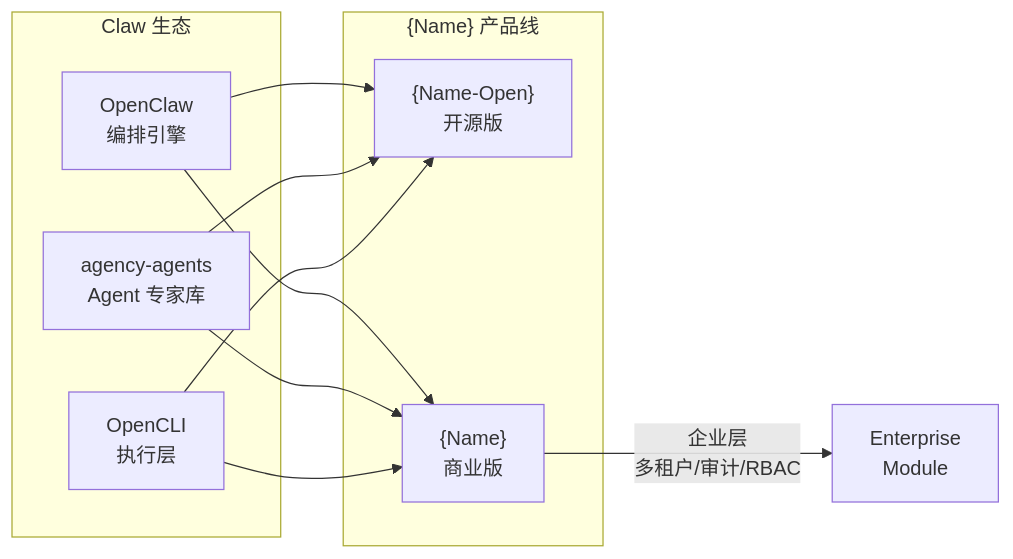
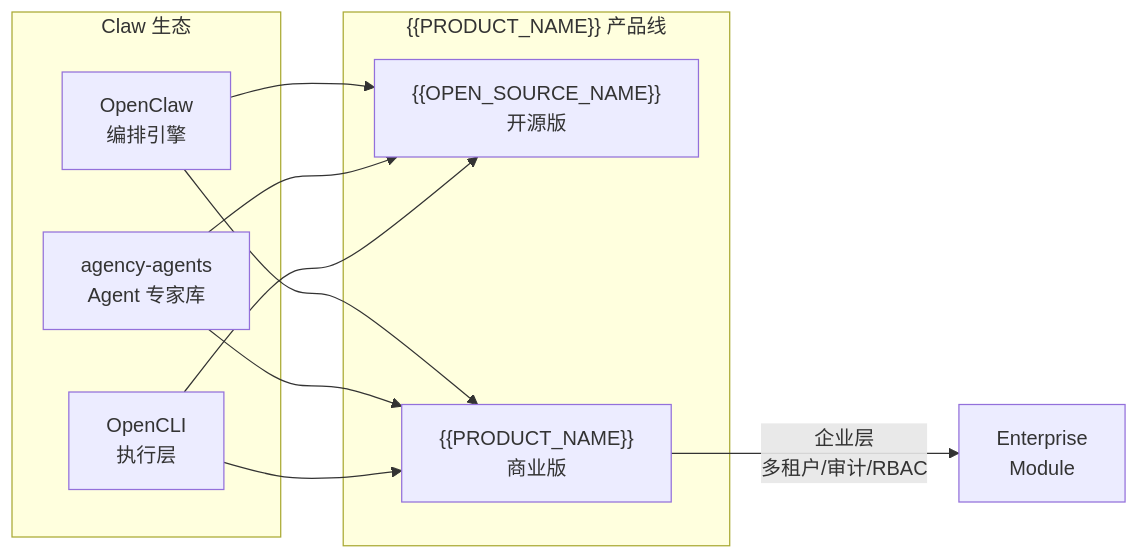
Before and after one commit to full-stack-skills/document-skills: the diagram in skills/full-stack-doc/templates/root/1、命名与品牌说明.md, drawn with Mermaid. The commit also changed other lines of this file and 59 other files, not shown here.

````diff
--- a/skills/full-stack-doc/templates/root/1、命名与品牌说明.md
+++ b/skills/full-stack-doc/templates/root/1、命名与品牌说明.md
@@ -86,21 +86,21 @@
 ```mermaid
 graph LR
     subgraph "Claw 生态"
         OC["OpenClaw<br/>编排引擎"]
         AA["agency-agents<br/>Agent 专家库"]
         CLI["OpenCLI<br/>执行层"]
     end
 
-    subgraph "{Name} 产品线"
-        OPEN["{Name-Open}<br/>开源版"]
-        BIZ["{Name}<br/>商业版"]
+    subgraph "{{PRODUCT_NAME}} 产品线"
+        OPEN["{{OPEN_SOURCE_NAME}}<br/>开源版"]
+        BIZ["{{PRODUCT_NAME}}<br/>商业版"]
     end
 
     OC --> OPEN
     OC --> BIZ
     AA --> OPEN
     AA --> BIZ
     CLI --> OPEN
     CLI --> BIZ
     BIZ -->|"企业层<br/>多租户/审计/RBAC"| ENT["Enterprise<br/>Module"]
 ```
````
